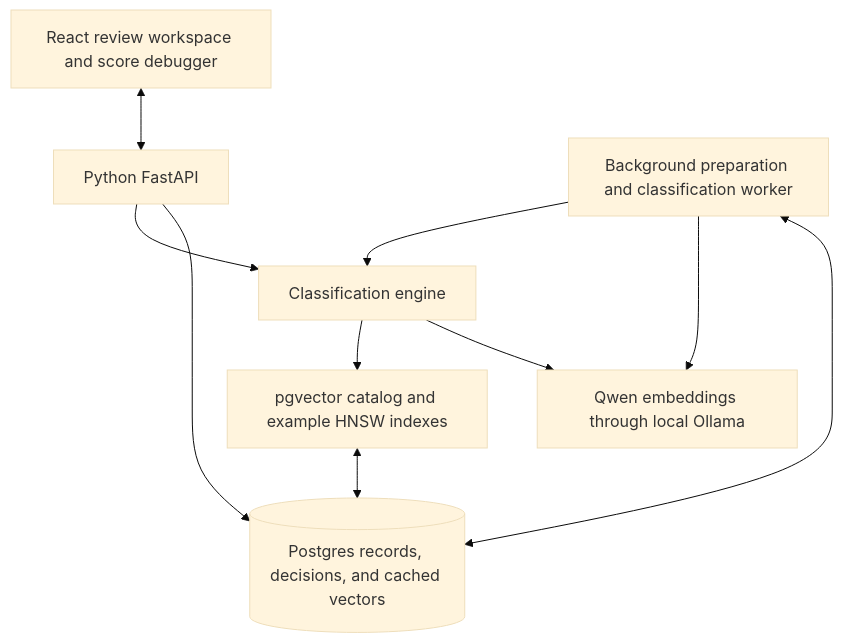
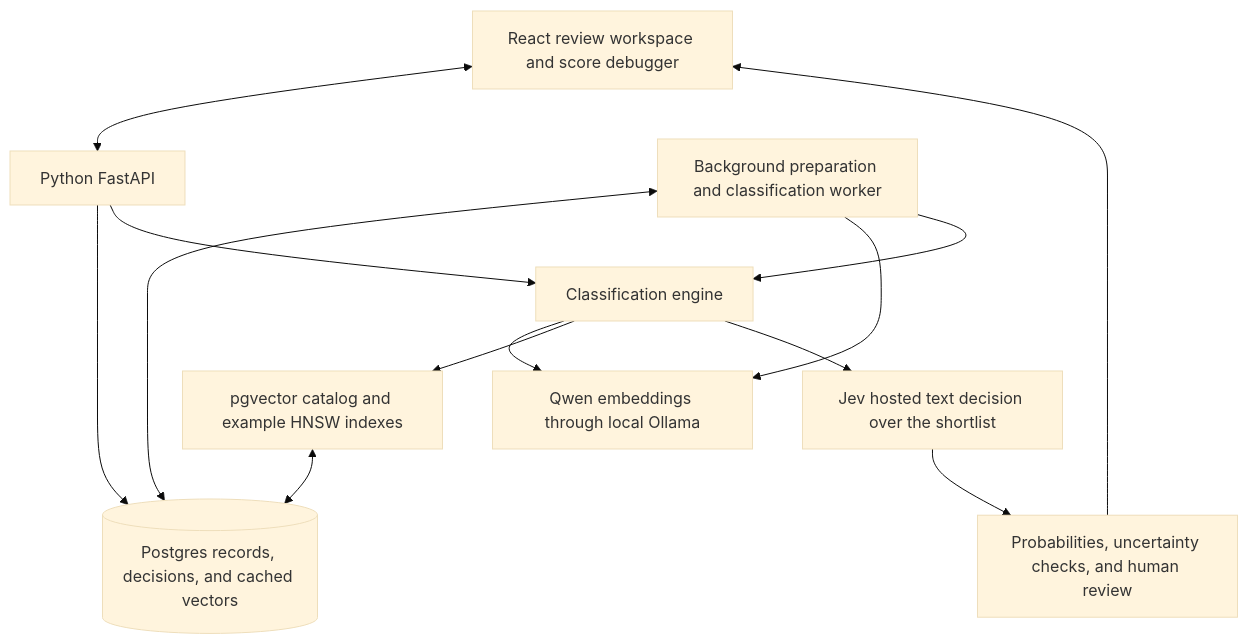
The diagram in README.md (sonjoseph/PointTwo), drawn with Mermaid (base theme) before and after one commit. The commit also changed other lines of this file and 23 other files, not shown here.

````diff
--- a/README.md
+++ b/README.md
@@ -15,12 +15,15 @@
 ```mermaid
 flowchart TD
     UI[React review workspace and score debugger] <--> API[Python FastAPI]
     API --> DB[(Postgres records, decisions, and cached vectors)]
     W[Background preparation and classification worker] <--> DB
     W --> E[Qwen embeddings through local Ollama]
     API --> C[Classification engine]
     W --> C
     C --> E
     C --> H[pgvector catalog and example HNSW indexes]
     H <--> DB
+    C --> J[Jev hosted text decision over the shortlist]
+    J --> R[Probabilities, uncertainty checks, and human review]
+    R --> UI
 ```
````
